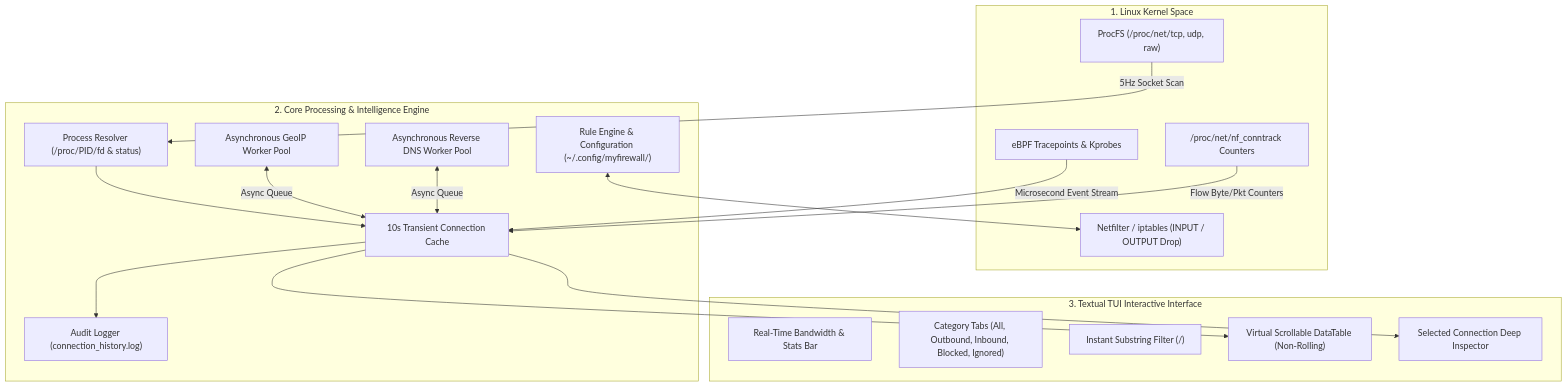
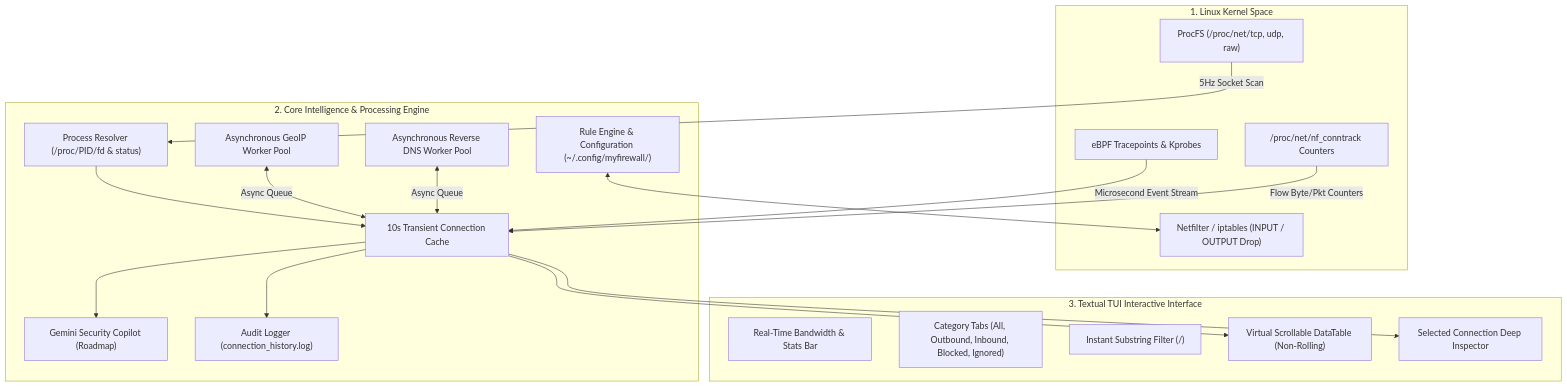
One commit to dparksports/myfirewall-ubuntu changed the diagram in DOCUMENTATION.md. Above: the diagram before and after it, drawn with Mermaid. The commit also changed other lines of this file and 6 other files, not shown here.

````diff
--- a/DOCUMENTATION.md
+++ b/DOCUMENTATION.md
@@ -24,37 +26,39 @@
 ```mermaid
 flowchart TD
     subgraph KernelSpace["1. Linux Kernel Space"]
         ProcFS["ProcFS (/proc/net/tcp, udp, raw)"]
         EBPF["eBPF Tracepoints & Kprobes"]
         Conntrack["/proc/net/nf_conntrack Counters"]
         Netfilter["Netfilter / iptables (INPUT / OUTPUT Drop)"]
     end
 
-    subgraph CoreEngine["2. Core Processing & Intelligence Engine"]
+    subgraph CoreEngine["2. Core Intelligence & Processing Engine"]
         ProcResolver["Process Resolver (/proc/PID/fd & status)"]
         GeoWorker["Asynchronous GeoIP Worker Pool"]
         RdnsWorker["Asynchronous Reverse DNS Worker Pool"]
         TransientCache["10s Transient Connection Cache"]
         RulesManager["Rule Engine & Configuration (~/.config/myfirewall/)"]
+        GeminiAgent["Gemini Security Copilot (Roadmap)"]
         HistoryLogger["Audit Logger (connection_history.log)"]
     end
 
     subgraph TextualTUI["3. Textual TUI Interactive Interface"]
         HeaderStats["Real-Time Bandwidth & Stats Bar"]
         CategoryTabs["Category Tabs (All, Outbound, Inbound, Blocked, Ignored)"]
         FilterBar["Instant Substring Filter (/)"]
         DataTable["Virtual Scrollable DataTable (Non-Rolling)"]
         Inspector["Selected Connection Deep Inspector"]
     end
 
     ProcFS -->|5Hz Socket Scan| ProcResolver
     EBPF -->|Microsecond Event Stream| TransientCache
     Conntrack -->|Flow Byte/Pkt Counters| TransientCache
     ProcResolver --> TransientCache
     GeoWorker <-->|Async Queue| TransientCache
     RdnsWorker <-->|Async Queue| TransientCache
     TransientCache --> DataTable
     TransientCache --> Inspector
     RulesManager <--> Netfilter
+    TransientCache --> GeminiAgent
     TransientCache --> HistoryLogger
 ```
````
